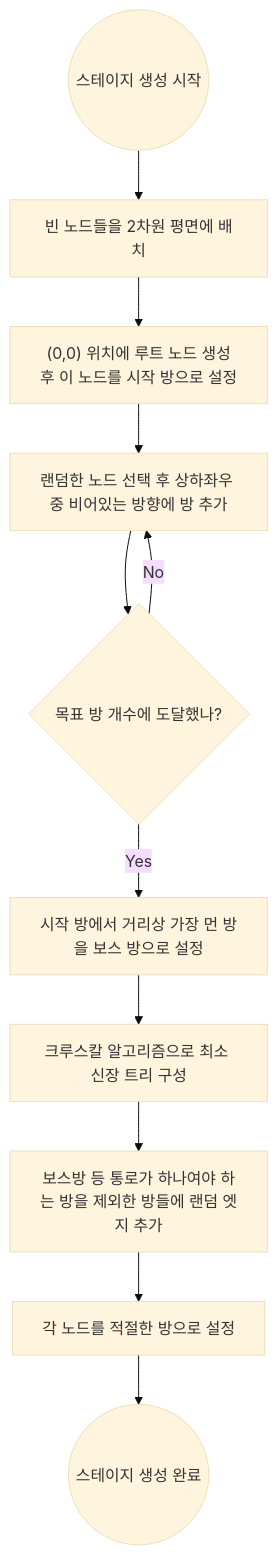
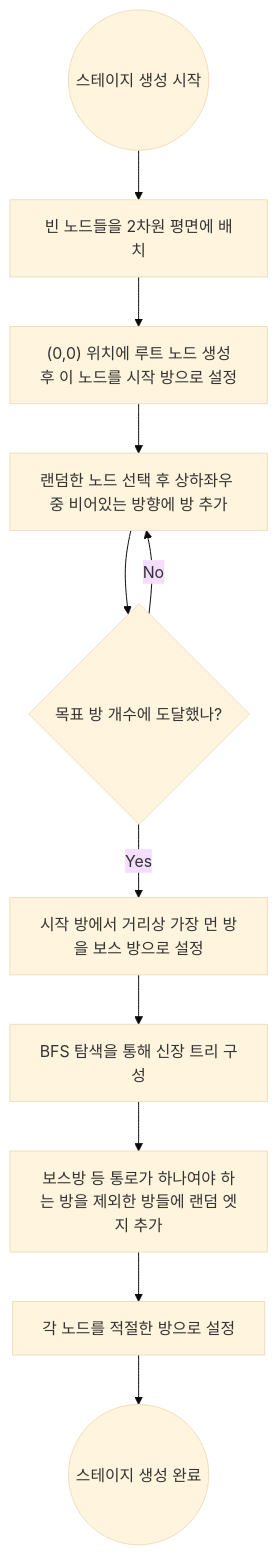
One commit to JIN5EOK/DungeonShooter changed the third of 5 diagrams in Assets/_README/Stage_Spec.md. Above: the diagram before and after it, drawn with Mermaid (base theme). The commit also changed other lines of this file and 2 other files, not shown here.

Commit message:
feat: 방 신장트리 연결 로직 수정

````diff
--- a/Assets/_README/Stage_Spec.md
+++ b/Assets/_README/Stage_Spec.md
@@ -145,13 +145,13 @@
 ```mermaid
 graph TD;
     Start((스테이지 생성 시작)) --> A[빈 노드들을 2차원 평면에 배치]
     A --> A1["(0,0) 위치에 루트 노드 생성후 이 노드를 시작 방으로 설정"]
     A1 --> A2[랜덤한 노드 선택 후 상하좌우 중 비어있는 방향에 방 추가]
     A2 --> A3{목표 방 개수에 도달했나?}
     A3 -->|No| A2
     A3 -->|Yes| B[시작 방에서 거리상 가장 먼 방을 보스 방으로 설정]
-    B --> C[크루스칼 알고리즘으로 최소 신장 트리 구성]
+    B --> C[BFS 탐색을 통해 신장 트리 구성]
     C --> D[보스방 등 통로가 하나여야 하는 방을 제외한 방들에 랜덤 엣지 추가]
     D --> E[각 노드를 적절한 방으로 설정]
     E --> End((스테이지 생성 완료))
 ```
````
